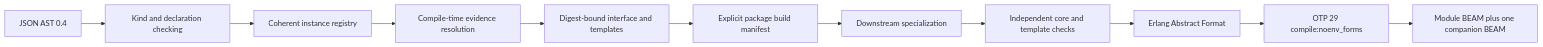
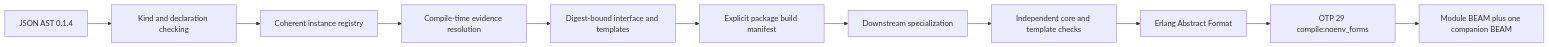
One commit to pcharbon70/catena-research changed the diagram in 60-specification/traits-and-categorical-operations/trait-and-categorical-operation-overview.md. Above: the diagram before and after it, drawn with Mermaid. The commit also changed other lines of this file and 92 other files, not shown here.

````diff
--- a/60-specification/traits-and-categorical-operations/trait-and-categorical-operation-overview.md
+++ b/60-specification/traits-and-categorical-operations/trait-and-categorical-operation-overview.md
@@ -53,13 +56,13 @@
 ```mermaid
 flowchart LR
-    A[JSON AST 0.4] --> K[Kind and declaration checking]
+    A[JSON AST 0.1.4] --> K[Kind and declaration checking]
     K --> R[Coherent instance registry]
     R --> E[Compile-time evidence resolution]
     E --> I[Digest-bound interface and templates]
     I --> M[Explicit package build manifest]
     M --> S[Downstream specialization]
     S --> V[Independent core and template checks]
     V --> F[Erlang Abstract Format]
     F --> O[OTP 29 compile:noenv_forms]
     O --> B[Module BEAM plus one companion BEAM]
 ```
````
